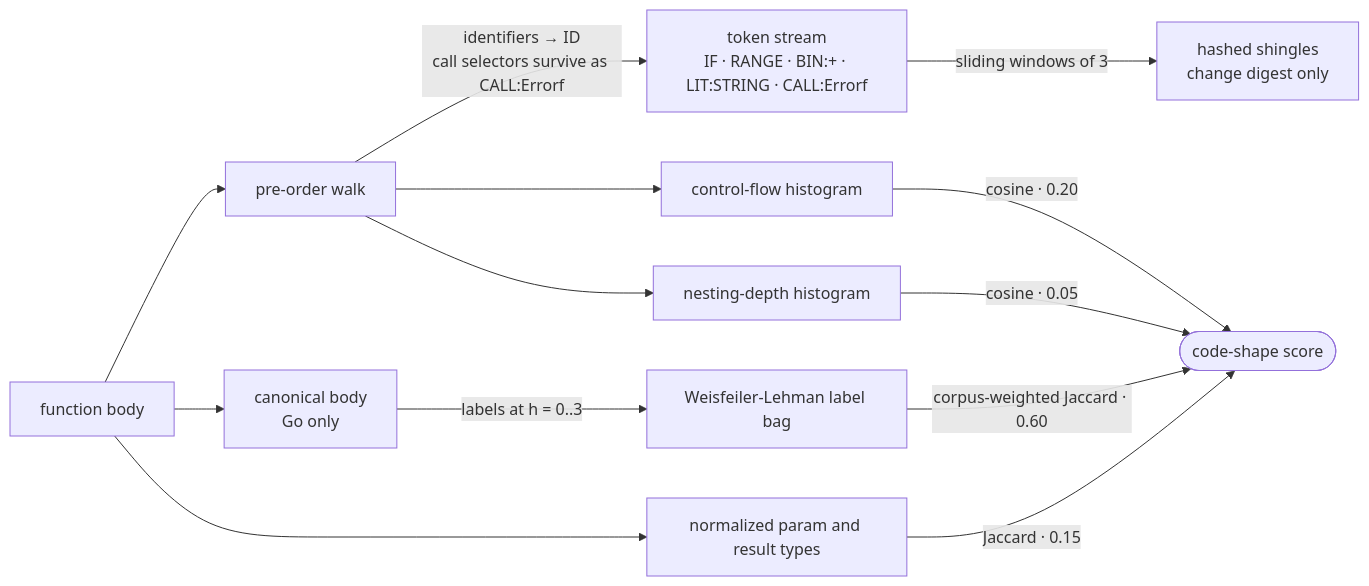
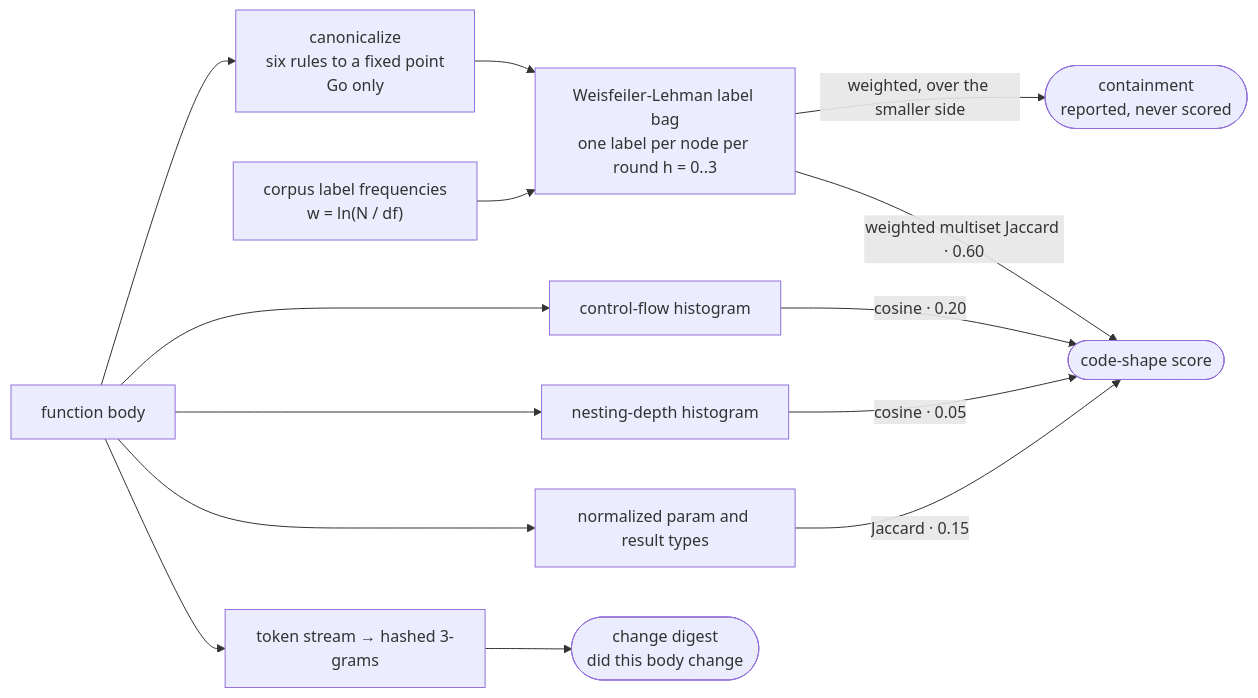
One commit to LukasSelin/doppel changed the third of 9 diagrams in .github/wiki/how-it-works.md. Above: the diagram before and after it, drawn with Mermaid. The commit also changed other lines of this file and 4 other files, not shown here.

````diff
--- a/.github/wiki/how-it-works.md
+++ b/.github/wiki/how-it-works.md
@@ -80,18 +90,20 @@
 ```mermaid
 flowchart LR
-    src["function body"] --> walk["pre-order walk"]
-    walk -->|"identifiers → ID<br/>call selectors survive as CALL:Errorf"| toks["token stream<br/>IF · RANGE · BIN:+ · LIT:STRING · CALL:Errorf"]
-    toks -->|"sliding windows of 3"| sh["hashed shingles<br/>change digest only"]
+    src["function body"] --> canon["canonicalize<br/>six rules to a fixed point<br/>Go only"]
+    canon --> wl["Weisfeiler-Lehman label bag<br/>one label per node per round h = 0..3"]
+    idf["corpus label frequencies<br/>w = ln(N / df)"] --> wl
 
-    src --> canon["canonical body<br/>Go only"]
-    canon -->|"labels at h = 0..3"| wl["Weisfeiler-Lehman label bag"]
+    wl -->|"weighted multiset Jaccard · 0.60"| score(["code-shape score"])
+    wl -->|"weighted, over the smaller side"| cont(["containment<br/>reported, never scored"])
 
-    walk --> flow["control-flow histogram"]
-    walk --> depth["nesting-depth histogram"]
+    src --> flow["control-flow histogram"]
+    src --> depth["nesting-depth histogram"]
     src --> sig["normalized param and result types"]
 
-    wl -->|"corpus-weighted Jaccard · 0.60"| score(["code-shape score"])
     flow -->|"cosine · 0.20"| score
     depth -->|"cosine · 0.05"| score
     sig -->|"Jaccard · 0.15"| score
+
+    src --> toks["token stream → hashed 3-grams"]
+    toks --> dig(["change digest<br/>did this body change"])
 ```
````
